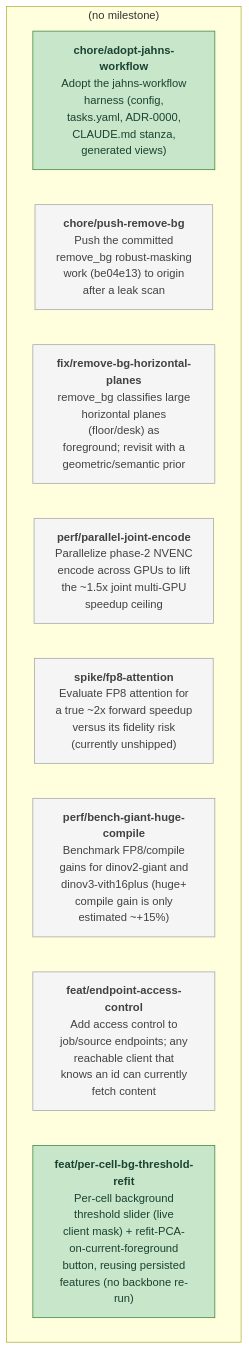
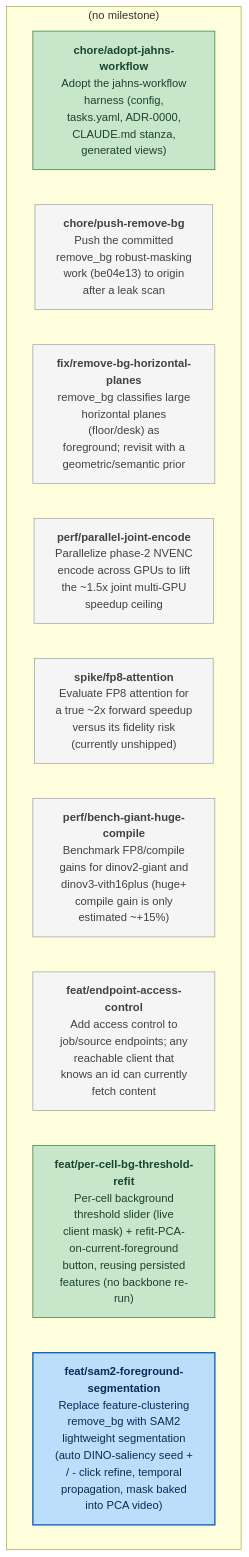
One commit to Dev-Jahn/repvis changed the diagram in ROADMAP.md. Above: the diagram before and after it, drawn with Mermaid. The commit also changed other lines of this file and 10 other files, not shown here.

````diff
--- a/ROADMAP.md
+++ b/ROADMAP.md
@@ -7,20 +7,22 @@
 ```mermaid
 flowchart TD
     subgraph backlog["(no milestone)"]
         chore_adopt_jahns_workflow["<b>chore/adopt-jahns-workflow</b><br/>Adopt the jahns-workflow<br/>harness (config,<br/>tasks.yaml, ADR-0000,<br/>CLAUDE.md stanza,<br/>generated views)"]
         chore_push_remove_bg["<b>chore/push-remove-bg</b><br/>Push the committed<br/>remove_bg robust-masking<br/>work (be04e13) to origin<br/>after a leak scan"]
         fix_remove_bg_horizontal_planes["<b>fix/remove-bg-horizontal-planes</b><br/>remove_bg classifies large<br/>horizontal planes<br/>(floor/desk) as<br/>foreground; revisit with a<br/>geometric/semantic prior"]
         perf_parallel_joint_encode["<b>perf/parallel-joint-encode</b><br/>Parallelize phase-2 NVENC<br/>encode across GPUs to lift<br/>the ~1.5x joint multi-GPU<br/>speedup ceiling"]
         spike_fp8_attention["<b>spike/fp8-attention</b><br/>Evaluate FP8 attention for<br/>a true ~2x forward speedup<br/>versus its fidelity risk<br/>(currently unshipped)"]
         perf_bench_giant_huge_compile["<b>perf/bench-giant-huge-compile</b><br/>Benchmark FP8/compile<br/>gains for dinov2-giant and<br/>dinov3-vith16plus (huge+<br/>compile gain is only<br/>estimated ~+15%)"]
         feat_endpoint_access_control["<b>feat/endpoint-access-control</b><br/>Add access control to<br/>job/source endpoints; any<br/>reachable client that<br/>knows an id can currently<br/>fetch content"]
         feat_per_cell_bg_threshold_refit["<b>feat/per-cell-bg-threshold-refit</b><br/>Per-cell background<br/>threshold slider (live<br/>client mask) + refit-PCA-<br/>on-current-foreground<br/>button, reusing persisted<br/>features (no backbone re-<br/>run)"]
+        feat_sam2_foreground_segmentation["<b>feat/sam2-foreground-segmentation</b><br/>Replace feature-clustering<br/>remove_bg with SAM2<br/>lightweight segmentation<br/>(auto DINO-saliency seed +<br/>/ - click refine, temporal<br/>propagation, mask baked<br/>into PCA video)"]
     end
     classDef pending fill:#f5f5f5,stroke:#9e9e9e,color:#424242
     classDef active fill:#bbdefb,stroke:#1565c0,color:#0d2b56,stroke-width:2px
     classDef blocked fill:#ffcdd2,stroke:#c62828,color:#7f1d1d
     classDef done fill:#c8e6c9,stroke:#2e7d32,color:#1b4332
     classDef dropped fill:#eeeeee,stroke:#bdbdbd,color:#9e9e9e,stroke-dasharray: 4 4
     class chore_adopt_jahns_workflow,feat_per_cell_bg_threshold_refit done
     class chore_push_remove_bg,fix_remove_bg_horizontal_planes,perf_parallel_joint_encode,spike_fp8_attention,perf_bench_giant_huge_compile,feat_endpoint_access_control pending
+    class feat_sam2_foreground_segmentation active
 ```
````
